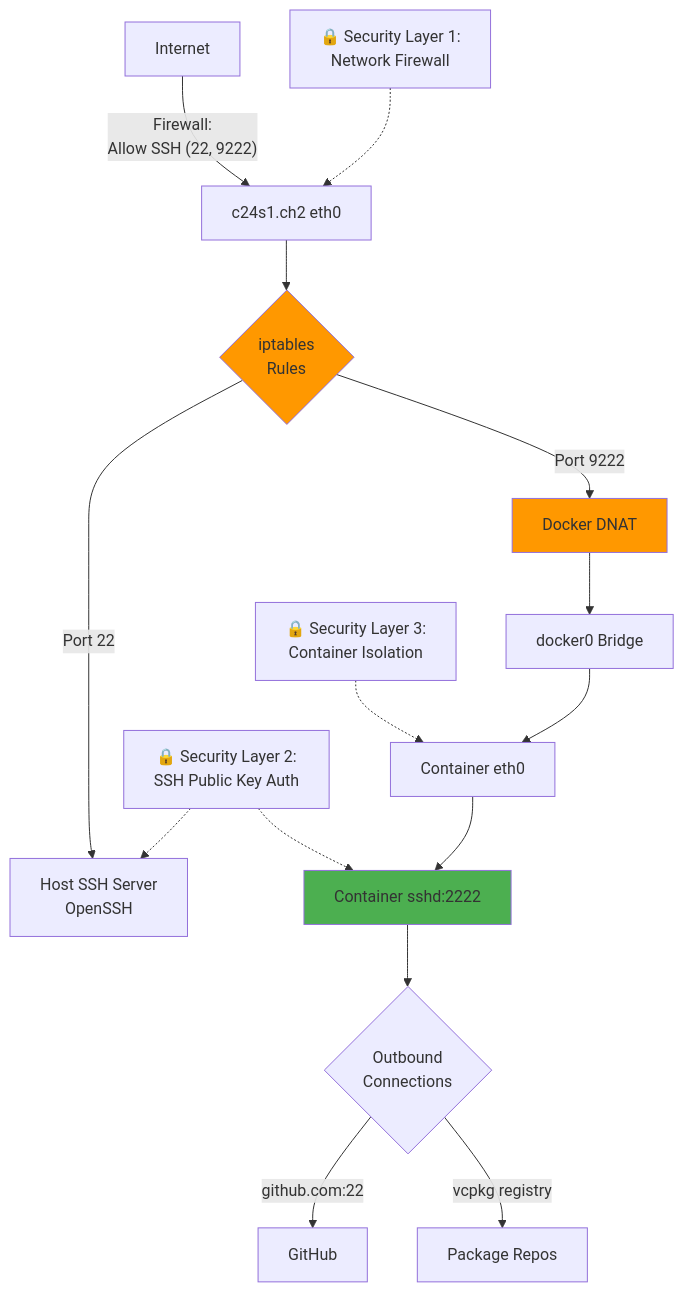
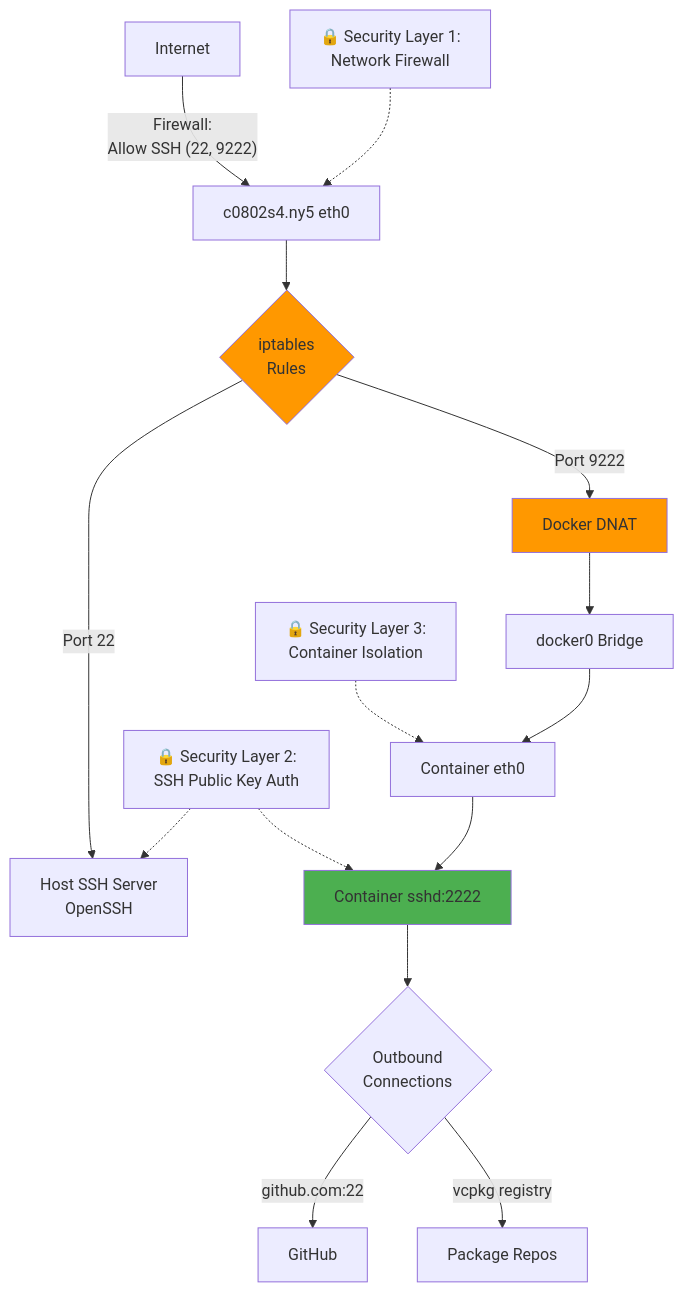
Diagram 14 of 23 in docs/WORKFLOW_DIAGRAMS.md (rmanaloto-tastytrade/SlotMap), drawn with Mermaid before and after one commit. The commit also changed other lines of this file and 14 other files, not shown here.

````diff
--- a/docs/WORKFLOW_DIAGRAMS.md
+++ b/docs/WORKFLOW_DIAGRAMS.md
@@ -635,26 +635,26 @@
 ```mermaid
 graph TD
-    A[Internet] -->|"Firewall:<br/>Allow SSH (22, 9222)"| B[c24s1.ch2 eth0]
+    A[Internet] -->|"Firewall:<br/>Allow SSH (22, 9222)"| B[c0802s4.ny5 eth0]
 
     B --> C{iptables<br/>Rules}
 
     C -->|"Port 22"| D[Host SSH Server<br/>OpenSSH]
     C -->|"Port 9222"| E[Docker DNAT]
 
     E --> F[docker0 Bridge]
     F --> G[Container eth0]
     G --> H[Container sshd:2222]
 
     H --> I{Outbound<br/>Connections}
     I -->|"github.com:22"| J[GitHub]
     I -->|"vcpkg registry"| K[Package Repos]
 
     style C fill:#ff9800
     style E fill:#ff9800
     style H fill:#4CAF50
 
     L[🔒 Security Layer 1:<br/>Network Firewall] -.-> B
     M[🔒 Security Layer 2:<br/>SSH Public Key Auth] -.-> D
     M -.-> H
     N[🔒 Security Layer 3:<br/>Container Isolation] -.-> G
 ```
````
